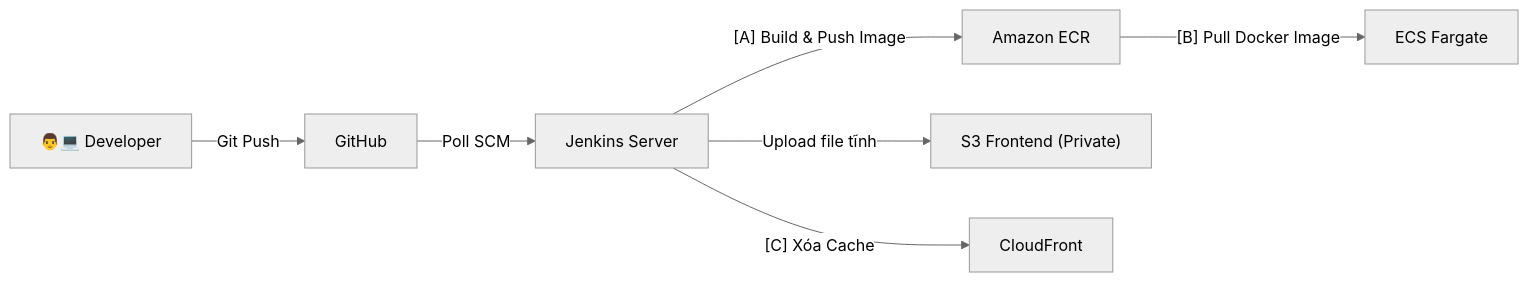
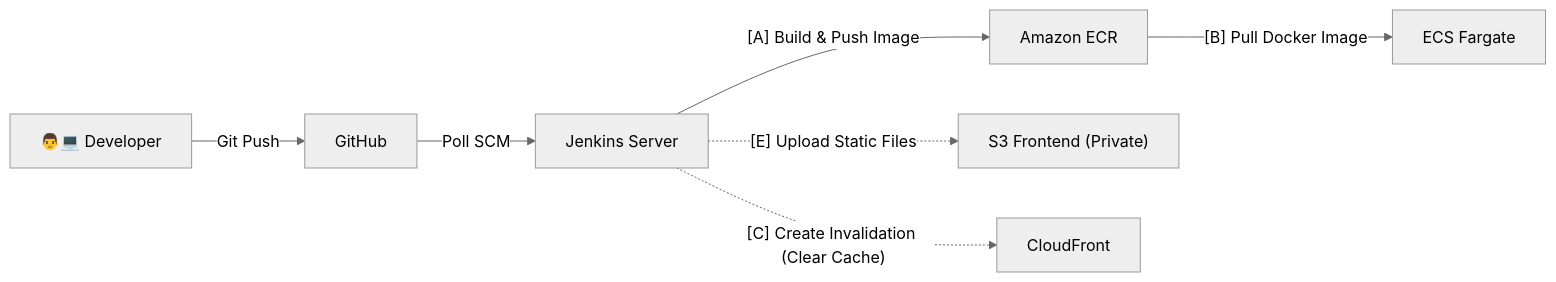
One commit to pht1412/FCAJ-Intern-Report changed the second of 2 diagrams in content/2-Proposal/_index.vi.md. Above: the diagram before and after it, drawn with Mermaid (neutral theme). The commit also changed other lines of this file and 3 other files, not shown here.

````diff
--- a/content/2-Proposal/_index.vi.md
+++ b/content/2-Proposal/_index.vi.md
@@ -82,13 +82,13 @@
 ```mermaid
 flowchart LR
     Dev["👨💻 Developer"] -->|"Git Push"| GH["GitHub"]
     GH -->|"Poll SCM"| Jenkins["Jenkins Server"]
     
     %% Backend Pipeline
     Jenkins -->|"[A] Build & Push Image"| ECR["Amazon ECR"]
     ECR -->|"[B] Pull Docker Image"| ECS["ECS Fargate"]
     
     %% Frontend Pipeline
-    Jenkins -->|"Upload file tĩnh"| S3["S3 Frontend (Private)"]
-    Jenkins -->|"[C] Xóa Cache"| CF["CloudFront"]
+    Jenkins -.->|"[E] Upload Static Files"| S3["S3 Frontend (Private)"]
+    Jenkins -.->|"[C] Create Invalidation (Clear Cache)"| CF["CloudFront"]
 ```
````
